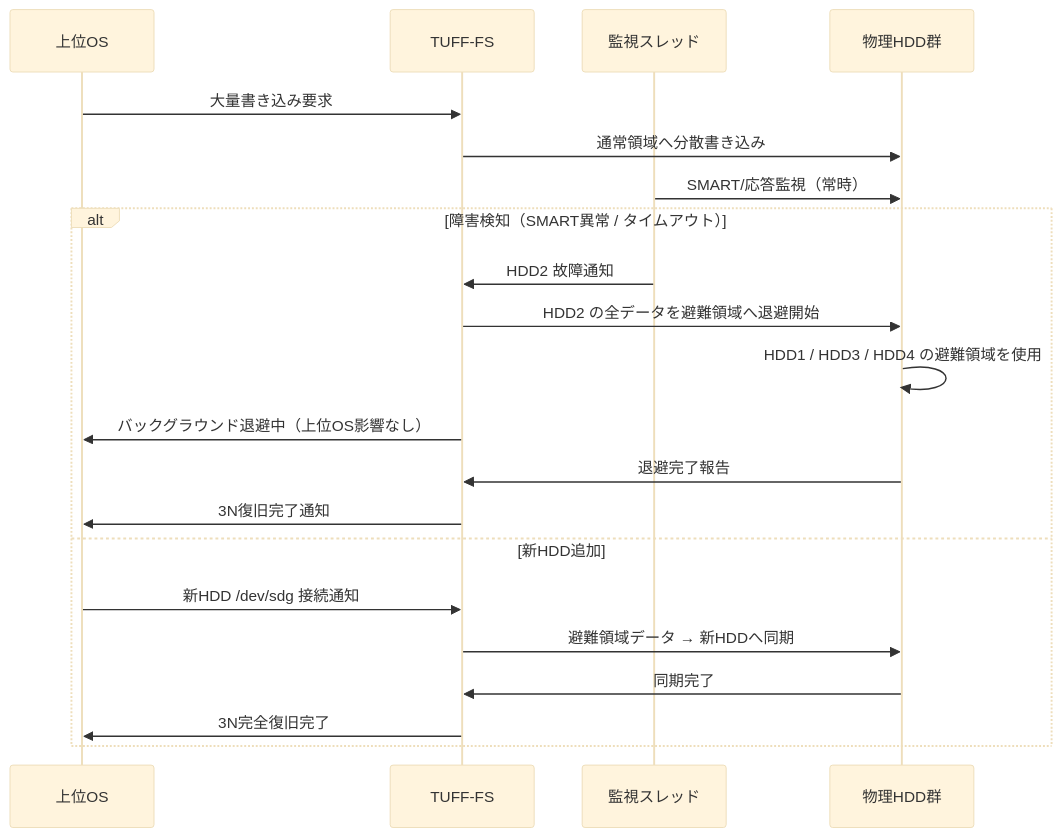
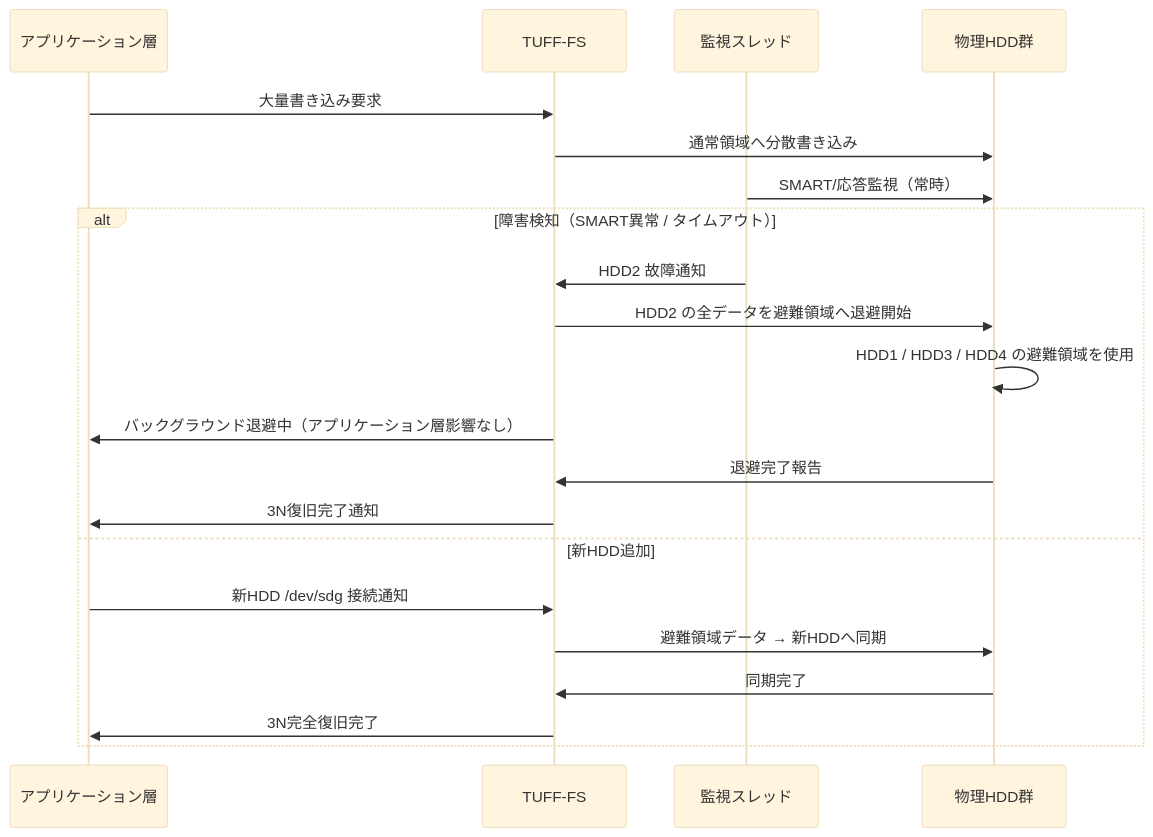
Before and after one commit to elementary-particles-Man/TUFF-OS-ISO: the second of 3 diagrams in マニュアル/TUFF-FS の避難領域（Emergency Area）.md, drawn with Mermaid (base theme). The commit also changed other lines of this file and 41 other files, not shown here.

Commit message:
DOCS: Comprehensive overhaul of manuals to reflect Pure Rust Bare-metal Sovereign Core and ZRAM architecture.

````diff
--- a/マニュアル/TUFF-FS の避難領域（Emergency Area）.md
+++ b/マニュアル/TUFF-FS の避難領域（Emergency Area）.md
@@ -53,24 +53,24 @@
 ```mermaid
 sequenceDiagram
-    participant User as 上位OS
+    participant User as アプリケーション層
     participant FS as TUFF-FS
     participant Monitor as 監視スレッド
     participant Disk as 物理HDD群
 
     User->>FS: 大量書き込み要求
     FS->>Disk: 通常領域へ分散書き込み
     Monitor->>Disk: SMART/応答監視（常時）
     alt 障害検知（SMART異常 / タイムアウト）
         Monitor->>FS: HDD2 故障通知
         FS->>Disk: HDD2 の全データを避難領域へ退避開始
         Disk->>Disk: HDD1 / HDD3 / HDD4 の避難領域を使用
-        FS->>User: バックグラウンド退避中（上位OS影響なし）
+        FS->>User: バックグラウンド退避中（アプリケーション層影響なし）
         Disk->>FS: 退避完了報告
         FS->>User: 3N復旧完了通知
     else 新HDD追加
         User->>FS: 新HDD /dev/sdg 接続通知
         FS->>Disk: 避難領域データ → 新HDDへ同期
         Disk->>FS: 同期完了
         FS->>User: 3N完全復旧完了
     end
 ```
````
